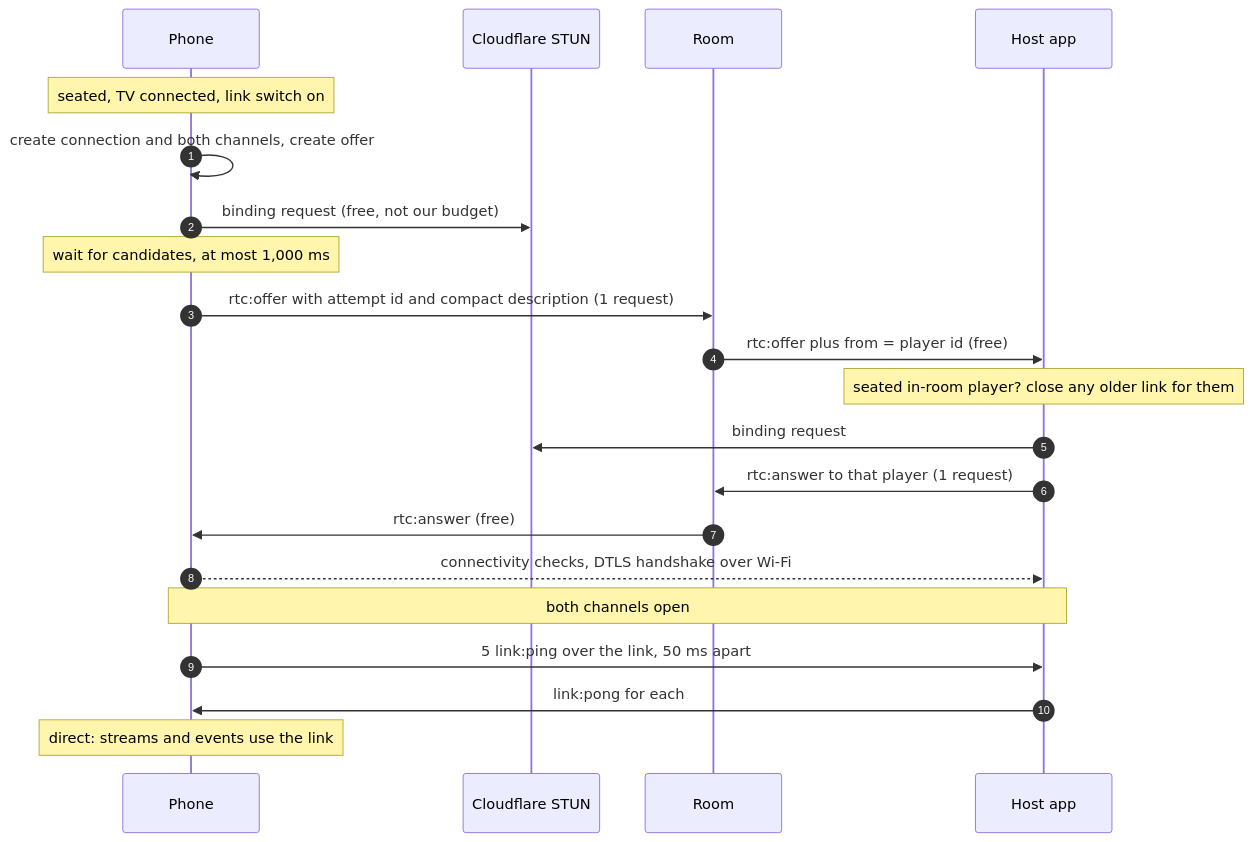
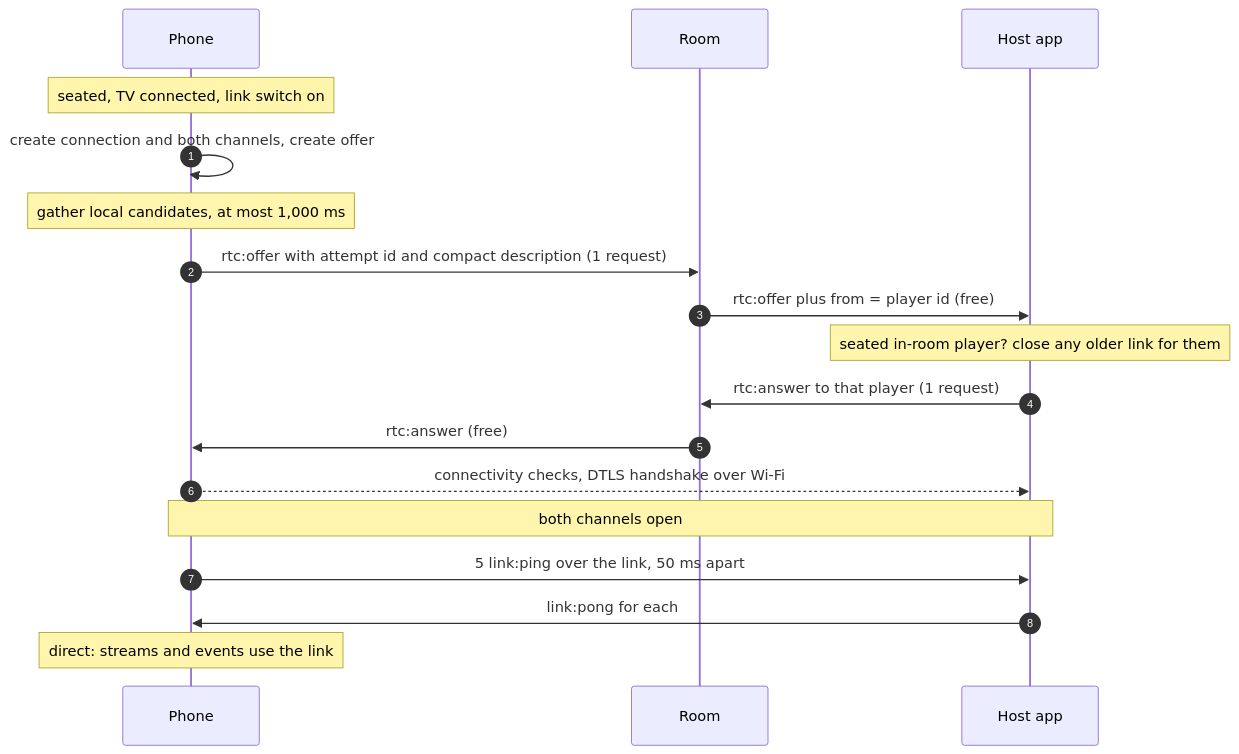
One commit to dipsaus9/Couchcade changed the second of 4 diagrams in docs/architecture/realtime-link.md. Above: the diagram before and after it, drawn with Mermaid. The commit also changed other lines of this file, not shown here.

Commit message:
docs(architecture): record the owner answers and drop STUN from the link design (CC-3.12)

````diff
--- a/docs/architecture/realtime-link.md
+++ b/docs/architecture/realtime-link.md
@@ -222,23 +224,20 @@
 ```mermaid
 sequenceDiagram
   autonumber
   participant P as Phone
-  participant S as Cloudflare STUN
   participant R as Room
   participant H as Host app
   Note over P: seated, TV connected, link switch on
   P->>P: create connection and both channels, create offer
-  P->>S: binding request (free, not our budget)
-  Note over P: wait for candidates, at most 1,000 ms
+  Note over P: gather local candidates, at most 1,000 ms
   P->>R: rtc:offer with attempt id and compact description (1 request)
   R->>H: rtc:offer plus from = player id (free)
   Note over H: seated in-room player? close any older link for them
-  H->>S: binding request
   H->>R: rtc:answer to that player (1 request)
   R->>P: rtc:answer (free)
   P-->>H: connectivity checks, DTLS handshake over Wi-Fi
   Note over P,H: both channels open
   P->>H: 5 link:ping over the link, 50 ms apart
   H->>P: link:pong for each
   Note over P: direct: streams and events use the link
 ```
````
